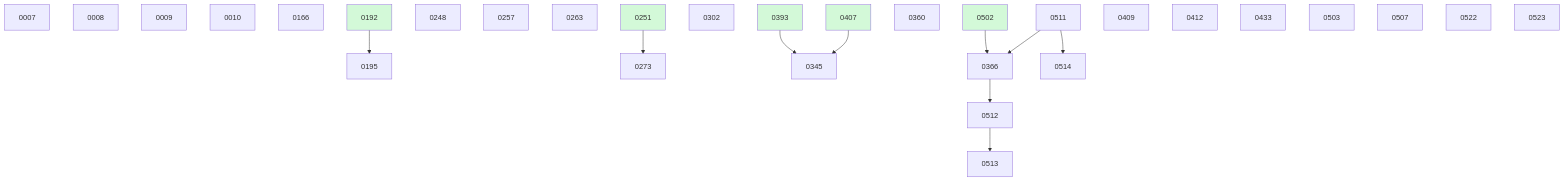
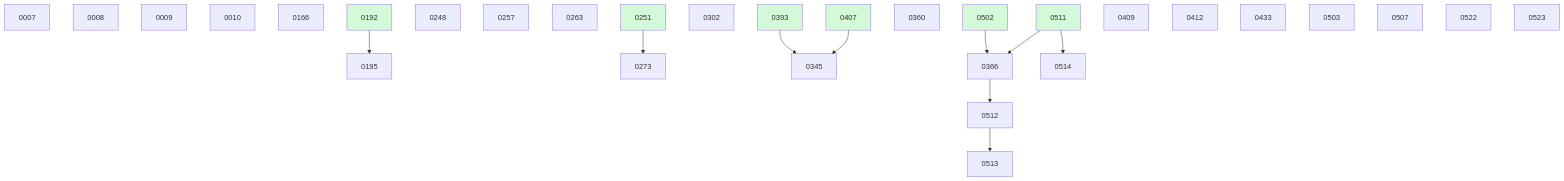
Before and after one commit to danielhanold/docket: the diagram in docs/changes/BOARD.md, drawn with Mermaid. The commit also changed other lines of this file and 2 other files, not shown here.

First line of the commit message:
change 0511 closed out (done, archived)

````diff
--- a/docs/changes/BOARD.md
+++ b/docs/changes/BOARD.md
@@ -50,36 +44,36 @@
 ```mermaid
 graph TD
   0007
   0008
   0009
   0010
   0166
   0192 --> 0195
   0248
   0257
   0263
   0251 --> 0273
   0302
   0393 --> 0345
   0407 --> 0345
   0360
   0502 --> 0366
   0511 --> 0366
   0409
   0412
   0433
   0503
   0507
-  0511
   0366 --> 0512
   0512 --> 0513
   0511 --> 0514
   0522
   0523
   0192:::done
   0251:::done
   0393:::done
   0407:::done
   0502:::done
+  0511:::done
   classDef done fill:#d3f9d8;
 ```
````
